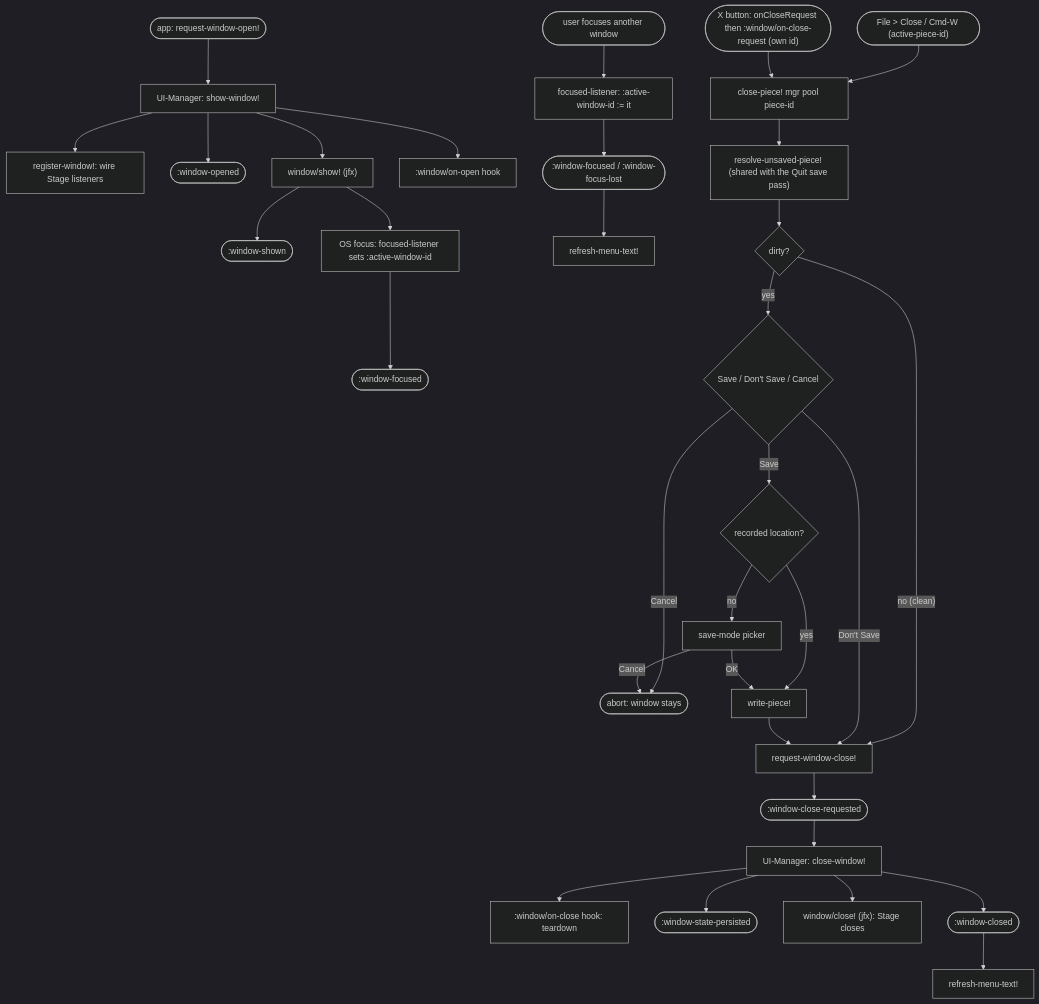
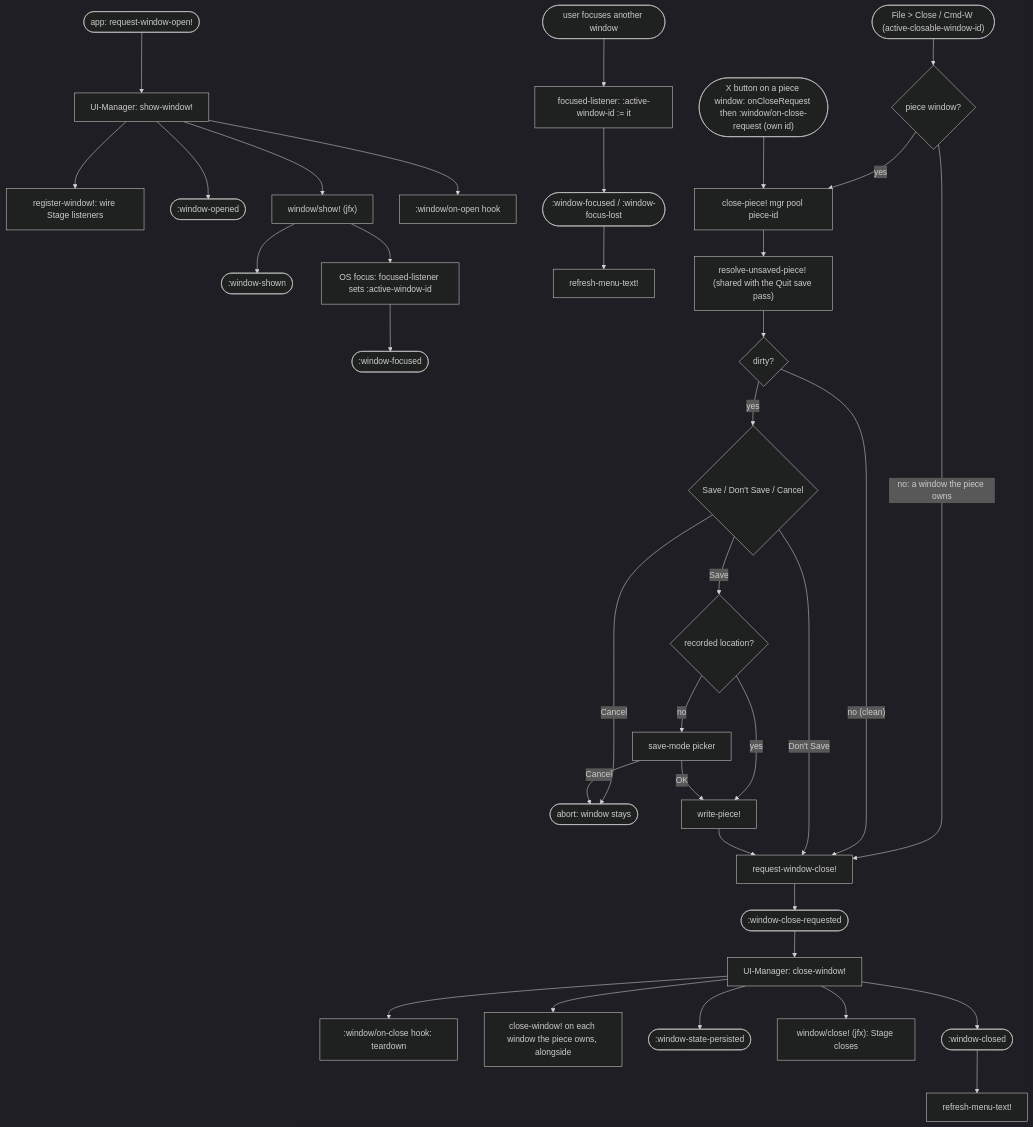
One commit to PeterBengtson/Ooloi-docs changed the first of 2 diagrams in guides/FRONTEND_ARCHITECTURE_GUIDE.md. Above: the diagram before and after it, drawn with Mermaid (dark theme). The commit also changed other lines of this file and 15 other files, not shown here.

````diff
--- a/guides/FRONTEND_ARCHITECTURE_GUIDE.md
+++ b/guides/FRONTEND_ARCHITECTURE_GUIDE.md
@@ -370,40 +376,43 @@
 ```mermaid
 flowchart TD
   %% ── OPEN ──
   o0(["app: request-window-open!"]) --> o1["UI-Manager: show-window!"]
   o1 --> o2["register-window!: wire Stage listeners"]
   o1 --> oe1([":window-opened"])
   o1 --> o3["window/show! (jfx)"]
   o3 --> oe2([":window-shown"])
   o3 --> o4["OS focus: focused-listener sets :active-window-id"]
   o4 --> oe3([":window-focused"])
   o1 --> o5[":window/on-open hook"]
 
   %% ── FOCUS SWITCH ──
   f0(["user focuses another window"]) --> f1["focused-listener: :active-window-id := it"]
   f1 --> fe1([":window-focused / :window-focus-lost"])
   fe1 --> f2["refresh-menu-text!"]
 
   %% ── CLOSE (butterfly: two entries in, teardown out) ──
-  c0a(["File > Close / Cmd-W (active-piece-id)"]) --> waist["close-piece! mgr pool piece-id"]
-  c0b(["X button: onCloseRequest then :window/on-close-request (own id)"]) --> waist
+  c0a(["File > Close / Cmd-W (active-closable-window-id)"]) --> kind{"piece window?"}
+  kind -- yes --> waist["close-piece! mgr pool piece-id"]
+  kind -- "no: a window the piece owns" --> rwc["request-window-close!"]
+  c0b(["X button on a piece window: onCloseRequest then :window/on-close-request (own id)"]) --> waist
   waist --> res["resolve-unsaved-piece! (shared with the Quit save pass)"]
   res --> dirty{"dirty?"}
   dirty -- "no (clean)" --> rwc["request-window-close!"]
   dirty -- yes --> ask{"Save / Don't Save / Cancel"}
   ask -- "Don't Save" --> rwc
   ask -- Cancel --> ab(["abort: window stays"])
   ask -- Save --> loc{"recorded location?"}
   loc -- yes --> sp["write-piece!"]
   loc -- no --> pk["save-mode picker"]
   pk -- OK --> sp
   pk -- Cancel --> ab
   sp --> rwc
   rwc --> ce1([":window-close-requested"])
   ce1 --> cw["UI-Manager: close-window!"]
   cw --> c1[":window/on-close hook: teardown"]
+  cw --> cown["close-window! on each window the piece owns, alongside"]
   cw --> ce2([":window-state-persisted"])
   cw --> c2["window/close! (jfx): Stage closes"]
   cw --> ce3([":window-closed"])
   ce3 --> f3["refresh-menu-text!"]
 ```
````
